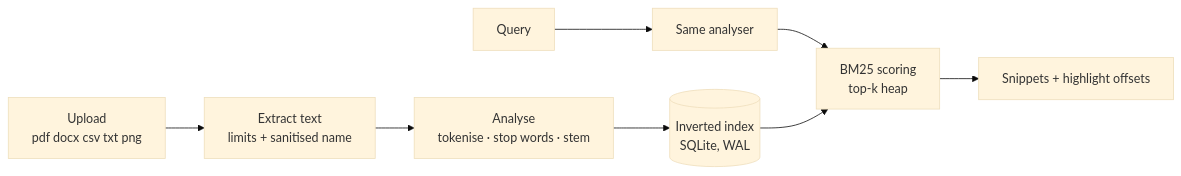
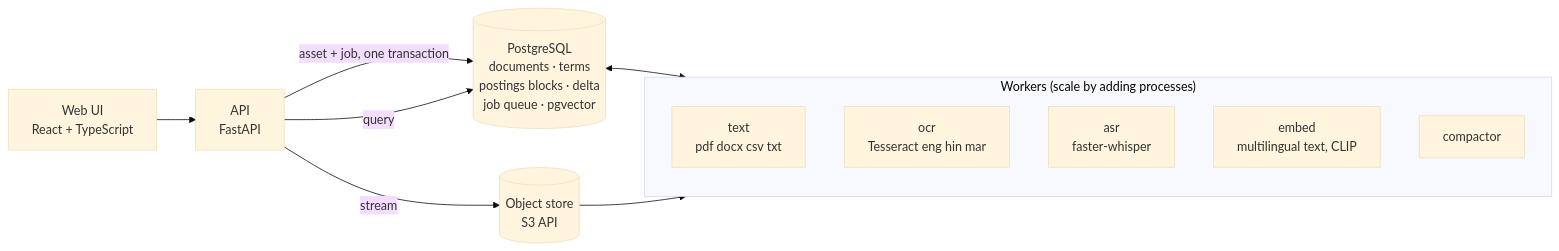
One commit to dipesh9765/SIH-Big-Data-Searching changed the diagram in README.md. Above: the diagram before and after it, drawn with Mermaid (base theme). The commit also changed other lines of this file and 6 other files, not shown here.

````diff
--- a/README.md
+++ b/README.md
@@ -11,10 +11,16 @@
 ```mermaid
 flowchart LR
-    U[Upload<br/>pdf docx csv txt png] --> E[Extract text<br/>limits + sanitised name]
-    E --> A[Analyse<br/>tokenise · stop words · stem]
-    A --> I[(Inverted index<br/>SQLite, WAL)]
-    Q[Query] --> A2[Same analyser]
-    A2 --> R[BM25 scoring<br/>top-k heap]
-    I --> R
-    R --> S[Snippets + highlight offsets]
+    UI[Web UI<br/>React + TypeScript] --> API
+    API[API<br/>FastAPI] -->|stream| OBJ[(Object store<br/>S3 API)]
+    API -->|asset + job, one transaction| PG
+    subgraph Workers["Workers (scale by adding processes)"]
+        W1[text<br/>pdf docx csv txt]
+        W2[ocr<br/>Tesseract eng hin mar]
+        W3[asr<br/>faster-whisper]
+        W4[embed<br/>multilingual text, CLIP]
+        WC[compactor]
+    end
+    PG[("PostgreSQL<br/>documents · terms<br/>postings blocks · delta<br/>job queue · pgvector")] <--> Workers
+    OBJ --> Workers
+    API -->|query| PG
 ```
````
